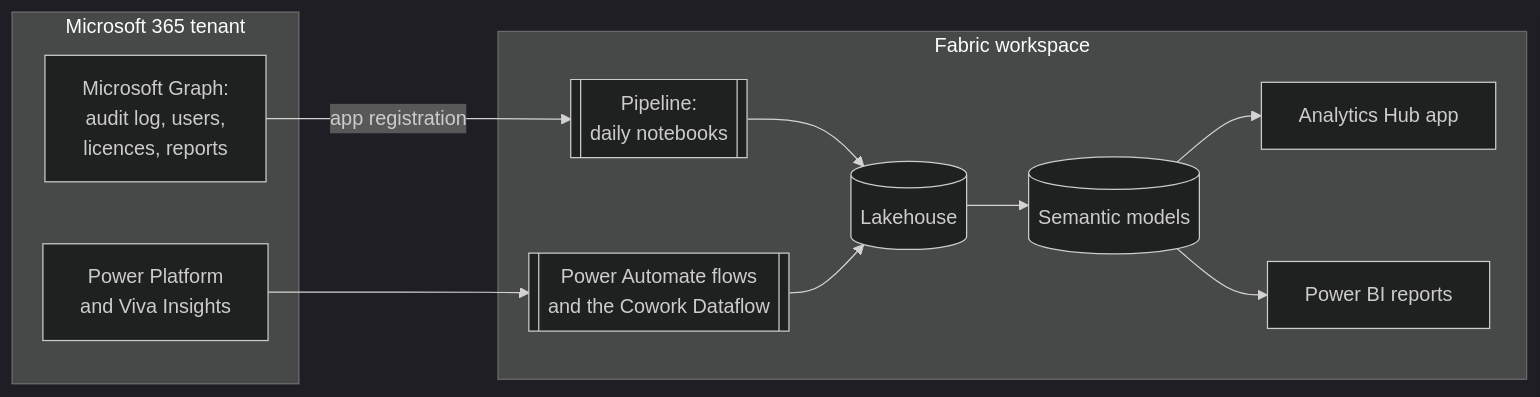
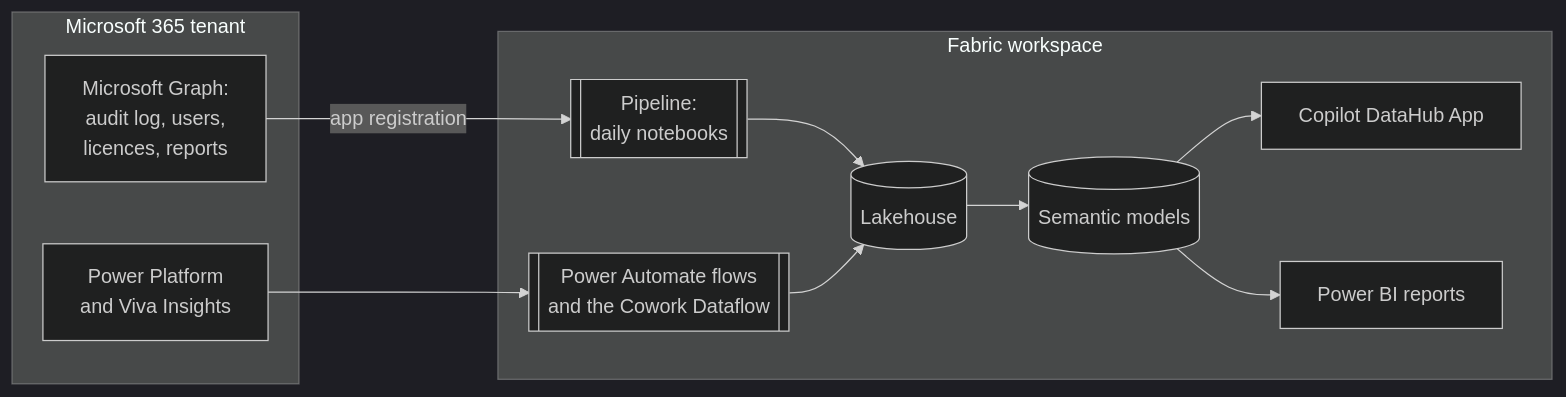
Before and after one commit to microsoft/AnalyticsHub-Dashboard: the first of 2 diagrams in docs/ARCHITECTURE.md, drawn with Mermaid (dark theme). The commit also changed other lines of this file and 145 other files, not shown here.

Commit message:
Prepare Copilot DataHub App 0.7.0 rename

````diff
--- a/docs/ARCHITECTURE.md
+++ b/docs/ARCHITECTURE.md
@@ -28,19 +28,19 @@
 ```mermaid
 flowchart LR
   subgraph M365["Microsoft 365 tenant"]
     G[Microsoft Graph:<br/>audit log, users,<br/>licences, reports]
     PP[Power Platform<br/>and Viva Insights]
   end
   subgraph WS["Fabric workspace"]
     P[[Pipeline:<br/>daily notebooks]]
     F[[Power Automate flows<br/>and the Cowork Dataflow]]
     L[(Lakehouse)]
     SM[(Semantic models)]
-    APP[Analytics Hub app]
+    APP[Copilot DataHub App]
     R[Power BI reports]
   end
   G -- app registration --> P --> L
   PP --> F --> L
   L --> SM --> APP
   SM --> R
 ```
````
